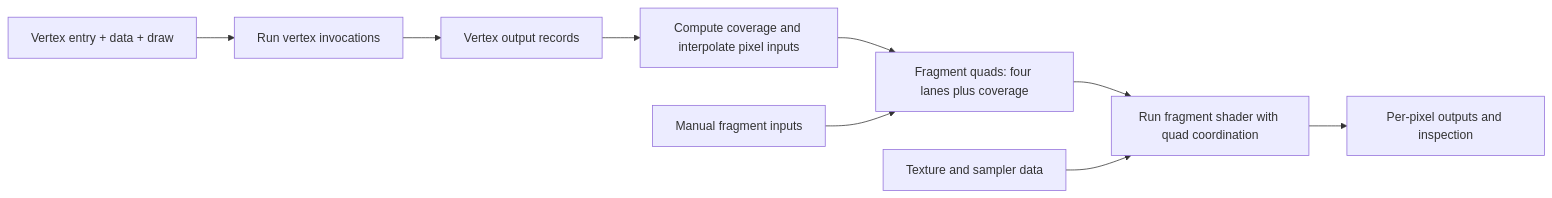
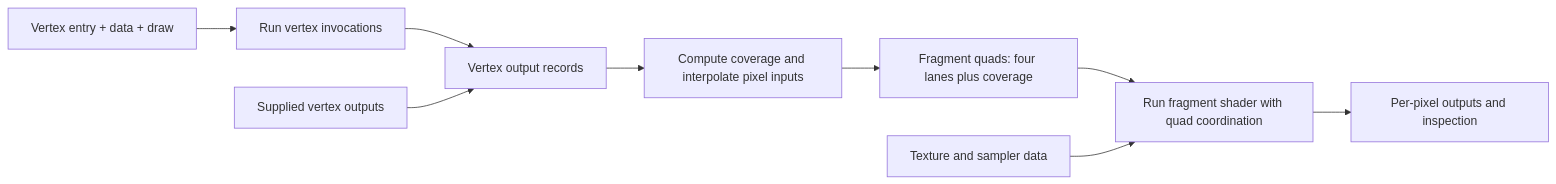
The diagram in malkovri_wgsl_debugger/PLAN_GRAPHICS.md (MatusT/malkovri), drawn with Mermaid before and after one commit. The commit also changed other lines of this file and 1 other file, not shown here.

Commit message:
docs(graphics): accept supplied vertex outputs for fragment inputs

````diff
--- a/malkovri_wgsl_debugger/PLAN_GRAPHICS.md
+++ b/malkovri_wgsl_debugger/PLAN_GRAPHICS.md
@@ -40,11 +41,11 @@
 ```mermaid
 flowchart LR
     V[Vertex entry + data + draw] --> VS[Run vertex invocations]
     VS --> O[Vertex output records]
     O --> P[Compute coverage and interpolate pixel inputs]
     P --> Q[Fragment quads: four lanes plus coverage]
-    M[Manual fragment inputs] --> Q
+    M[Supplied vertex outputs] --> O
     Q --> FS[Run fragment shader with quad coordination]
     T[Texture and sampler data] --> FS
     FS --> R[Per-pixel outputs and inspection]
 ```
````
